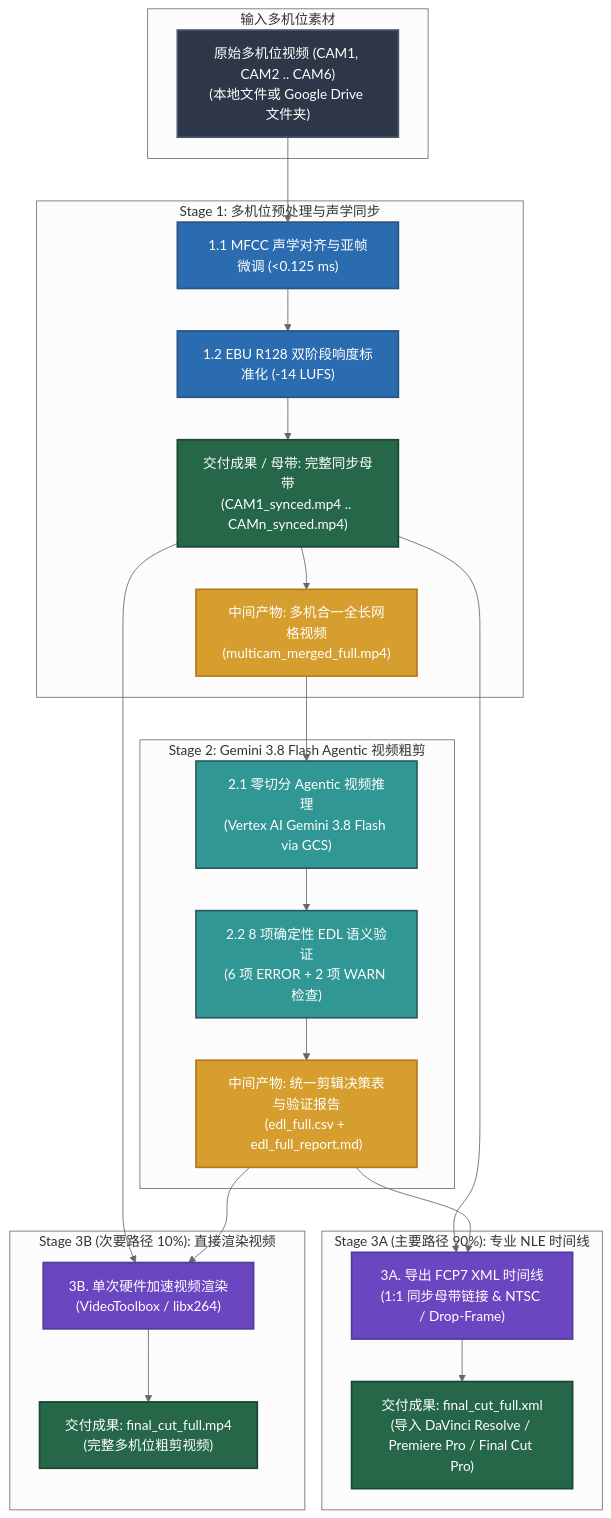
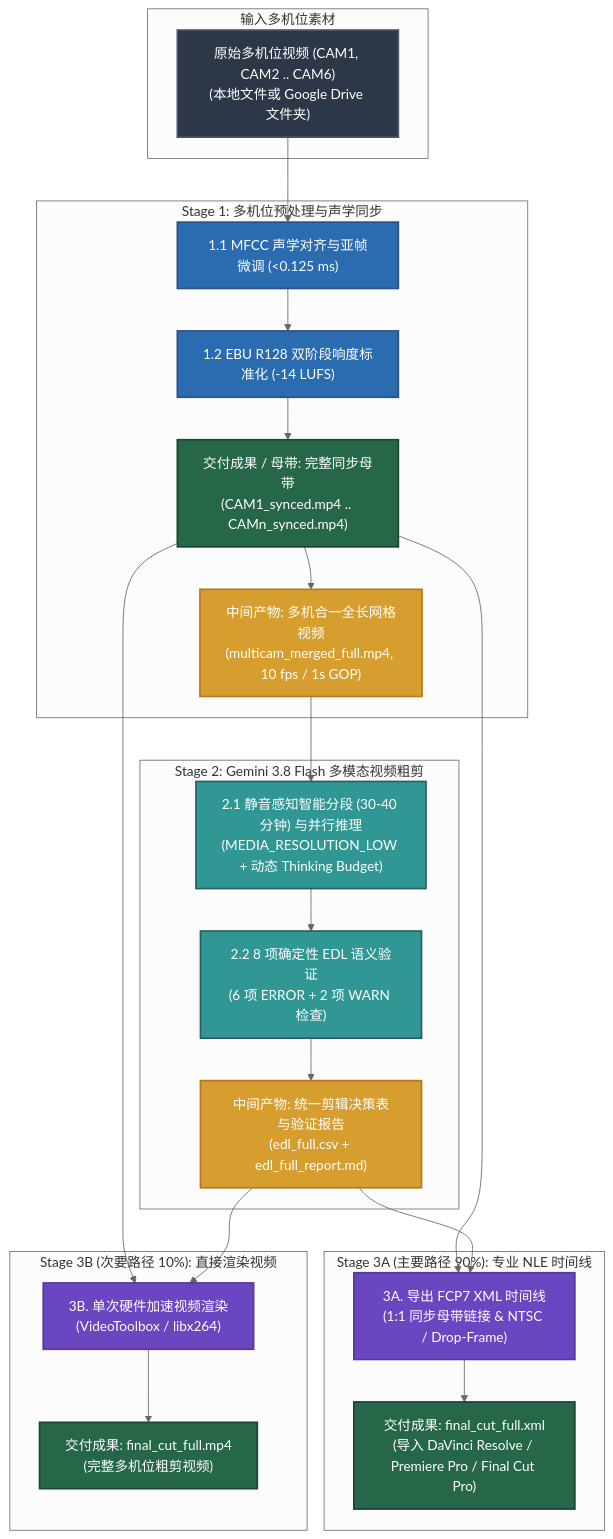
Before and after one commit to a0359627/multicam-video-preprocessing: the diagram in README.zh-CN.md, drawn with Mermaid (neutral theme). The commit also changed other lines of this file and 14 other files, not shown here.

````diff
--- a/README.zh-CN.md
+++ b/README.zh-CN.md
@@ -46,50 +46,50 @@
 ```mermaid
 flowchart TD
     classDef inputStyle fill:#2D3748,stroke:#4A5568,stroke-width:2px,color:#fff;
     classDef stage1Style fill:#2B6CB0,stroke:#2C5282,stroke-width:2px,color:#fff;
     classDef stage2Style fill:#319795,stroke:#285E61,stroke-width:2px,color:#fff;
     classDef stage3Style fill:#6B46C1,stroke:#553C9A,stroke-width:2px,color:#fff;
     classDef artifactStyle fill:#D69E2E,stroke:#B7791F,stroke-width:2px,color:#fff;
     classDef outputStyle fill:#276749,stroke:#1C4532,stroke-width:2px,color:#fff;
 
     subgraph Inputs["输入多机位素材"]
         A["原始多机位视频 (CAM1, CAM2 .. CAM6)<br/>(本地文件或 Google Drive 文件夹)"]:::inputStyle
     end
 
     subgraph S1["Stage 1: 多机位预处理与声学同步"]
         S1_1["1.1 MFCC 声学对齐与亚帧微调 (<0.125 ms)"]:::stage1Style
         S1_2["1.2 EBU R128 双阶段响度标准化 (-14 LUFS)"]:::stage1Style
         S1_3["交付成果 / 母带: 完整同步母带<br/>(CAM1_synced.mp4 .. CAMn_synced.mp4)"]:::outputStyle
-        S1_4["中间产物: 多机合一全长网格视频<br/>(multicam_merged_full.mp4)"]:::artifactStyle
+        S1_4["中间产物: 多机合一全长网格视频<br/>(multicam_merged_full.mp4, 10 fps / 1s GOP)"]:::artifactStyle
         S1_1 --> S1_2
         S1_2 --> S1_3
         S1_3 --> S1_4
     end
 
-    subgraph S2["Stage 2: Gemini 3.8 Flash Agentic 视频粗剪"]
-        S2_1["2.1 零切分 Agentic 视频推理<br/>(Vertex AI Gemini 3.8 Flash via GCS)"]:::stage2Style
+    subgraph S2["Stage 2: Gemini 3.8 Flash 多模态视频粗剪"]
+        S2_1["2.1 静音感知智能分段 (30-40 分钟) 与并行推理<br/>(MEDIA_RESOLUTION_LOW + 动态 Thinking Budget)"]:::stage2Style
         S2_2["2.2 8 项确定性 EDL 语义验证<br/>(6 项 ERROR + 2 项 WARN 检查)"]:::stage2Style
         EDL["中间产物: 统一剪辑决策表与验证报告<br/>(edl_full.csv + edl_full_report.md)"]:::artifactStyle
         S2_1 --> S2_2
         S2_2 --> EDL
     end
 
     subgraph S3A["Stage 3A (主要路径 90%): 专业 NLE 时间线"]
         S3A_ACT["3A. 导出 FCP7 XML 时间线<br/>(1:1 同步母带链接 & NTSC / Drop-Frame)"]:::stage3Style
         XML["交付成果: final_cut_full.xml<br/>(导入 DaVinci Resolve / Premiere Pro / Final Cut Pro)"]:::outputStyle
         S3A_ACT --> XML
     end
 
     subgraph S3B["Stage 3B (次要路径 10%): 直接渲染视频"]
         S3B_ACT["3B. 单次硬件加速视频渲染<br/>(VideoToolbox / libx264)"]:::stage3Style
         MP4["交付成果: final_cut_full.mp4<br/>(完整多机位粗剪视频)"]:::outputStyle
         S3B_ACT --> MP4
     end
 
     A --> S1_1
     S1_4 --> S2_1
     S1_3 --> S3A_ACT
     EDL --> S3A_ACT
     S1_3 --> S3B_ACT
     EDL --> S3B_ACT
 ```
````
